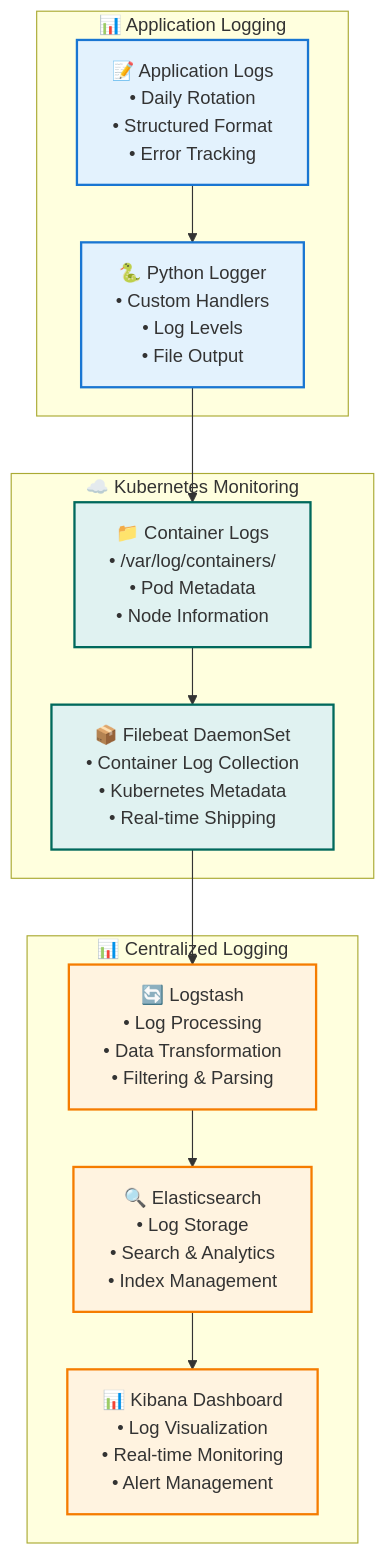
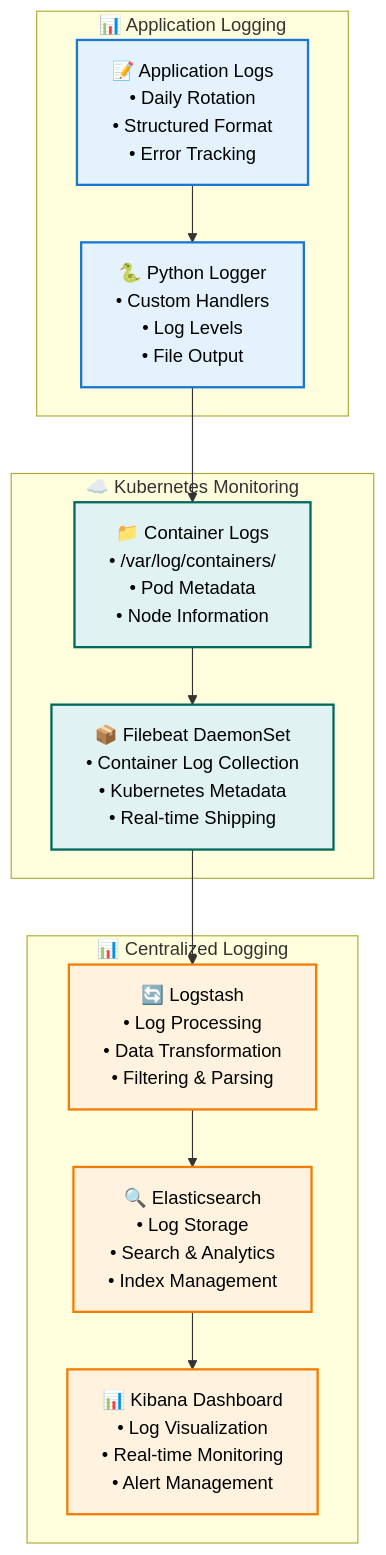
The ninth of 9 diagrams in HLD_Document.md (neerajprasad209/LLM-POWERED-TRAVELL_PLANNER), drawn with Mermaid before and after one commit. The commit also changed other lines of this file, not shown here.

````diff
--- a/HLD_Document.md
+++ b/HLD_Document.md
@@ -599,33 +611,33 @@
 ```mermaid
 graph TB
     subgraph "📊 Application Logging"
         APP_LOGS["📝 Application Logs<br/>• Daily Rotation<br/>• Structured Format<br/>• Error Tracking"]
         PYTHON_LOGGER["🐍 Python Logger<br/>• Custom Handlers<br/>• Log Levels<br/>• File Output"]
     end
     
     subgraph "☁️ Kubernetes Monitoring"
         FILEBEAT["📦 Filebeat DaemonSet<br/>• Container Log Collection<br/>• Kubernetes Metadata<br/>• Real-time Shipping"]
         K8S_LOGS["📁 Container Logs<br/>• /var/log/containers/<br/>• Pod Metadata<br/>• Node Information"]
     end
     
     subgraph "📊 Centralized Logging"
         LOGSTASH["🔄 Logstash<br/>• Log Processing<br/>• Data Transformation<br/>• Filtering & Parsing"]
         ELASTICSEARCH["🔍 Elasticsearch<br/>• Log Storage<br/>• Search & Analytics<br/>• Index Management"]
         KIBANA["📊 Kibana Dashboard<br/>• Log Visualization<br/>• Real-time Monitoring<br/>• Alert Management"]
     end
     
     APP_LOGS --> PYTHON_LOGGER
     PYTHON_LOGGER --> K8S_LOGS
     K8S_LOGS --> FILEBEAT
     FILEBEAT --> LOGSTASH
     LOGSTASH --> ELASTICSEARCH
     ELASTICSEARCH --> KIBANA
     
-    classDef app fill:#e3f2fd,stroke:#1976d2,stroke-width:2px
-    classDef k8s fill:#e0f2f1,stroke:#00695c,stroke-width:2px
-    classDef elk fill:#fff3e0,stroke:#f57c00,stroke-width:2px
+    classDef app fill:#e3f2fd,stroke:#1976d2,stroke-width:2px,color:#000000
+    classDef k8s fill:#e0f2f1,stroke:#00695c,stroke-width:2px,color:#000000
+    classDef elk fill:#fff3e0,stroke:#f57c00,stroke-width:2px,color:#000000
     
     class APP_LOGS,PYTHON_LOGGER app
     class FILEBEAT,K8S_LOGS k8s
     class LOGSTASH,ELASTICSEARCH,KIBANA elk
 ```
````
